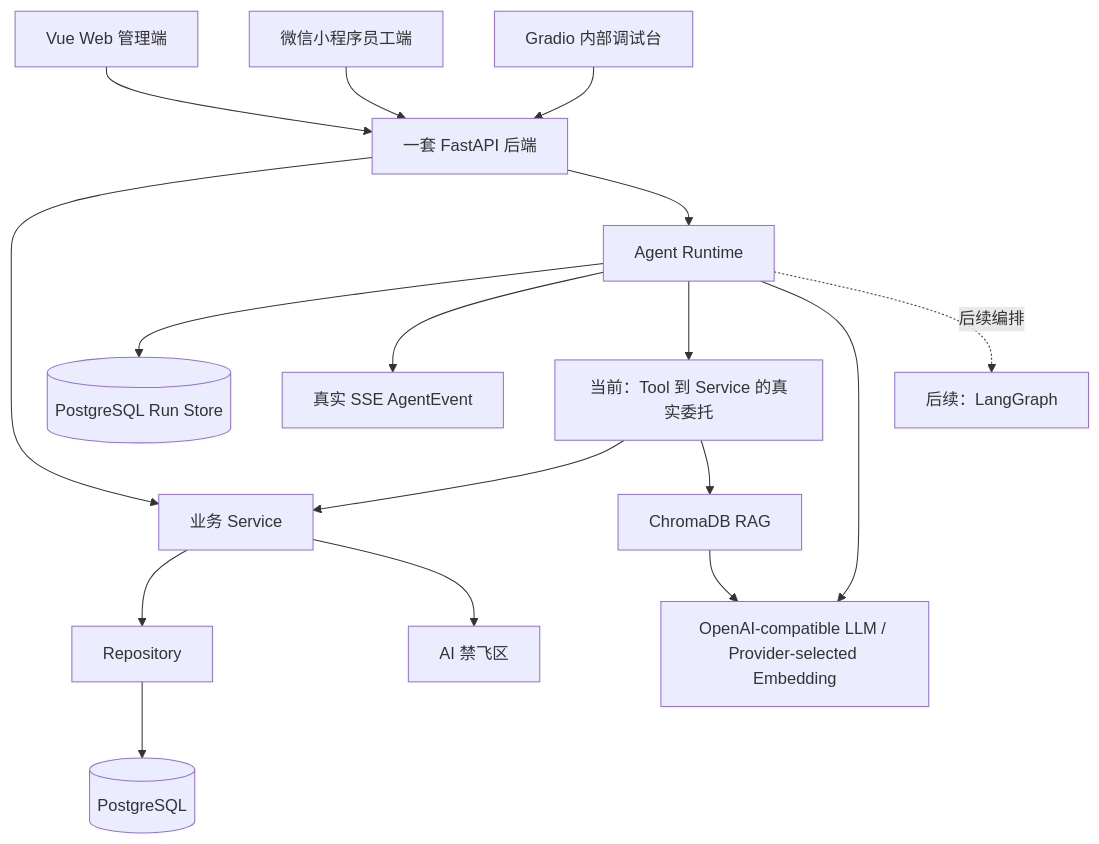
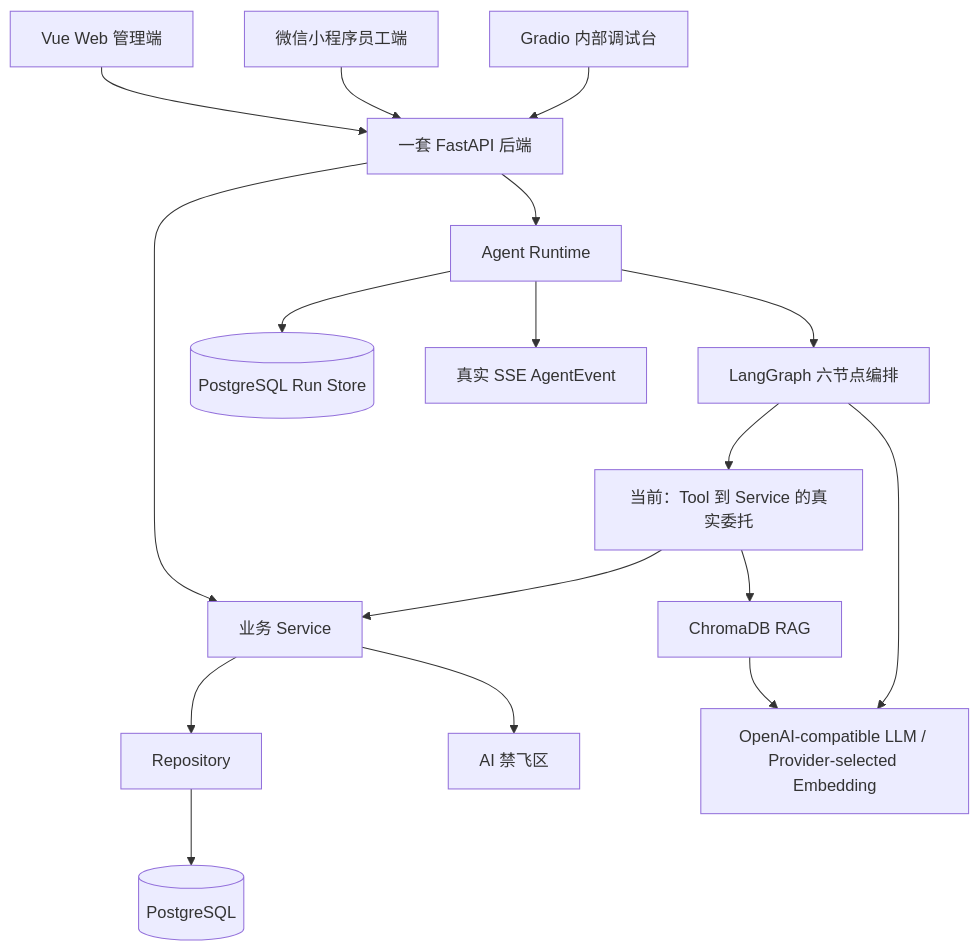
Before and after one commit to shmzl1/workspace-core: the diagram in .agent/architecture.md, drawn with Mermaid. The commit also changed other lines of this file and 16 other files, not shown here.

````diff
--- a/.agent/architecture.md
+++ b/.agent/architecture.md
@@ -24,34 +24,34 @@
 ```mermaid
 flowchart TB
     Web[Vue Web 管理端]
     Mini[微信小程序员工端]
     Gradio[Gradio 内部调试台]
     API[一套 FastAPI 后端]
     Service[业务 Service]
     Repo[Repository]
     PG[(PostgreSQL)]
     Runtime[Agent Runtime]
     RunStore[(PostgreSQL Run Store)]
     Tool[当前：Tool 到 Service 的真实委托]
     RAG[ChromaDB RAG]
     Model[OpenAI-compatible LLM / Provider-selected Embedding]
-    Future[后续：LangGraph]
+    Graph[LangGraph 六节点编排]
     Human[AI 禁飞区]
 
     Web --> API
     Mini --> API
     Gradio --> API
     API --> Service
     Service --> Repo
     Repo --> PG
     API --> Runtime
     Runtime --> RunStore
     Runtime --> SSE[真实 SSE AgentEvent]
-    Runtime --> Tool
+    Graph --> Tool
     Tool --> Service
     Tool --> RAG
     RAG --> Model
-    Runtime --> Model
-    Runtime -. 后续编排 .-> Future
+    Graph --> Model
+    Runtime --> Graph
     Service --> Human
 ```
````
